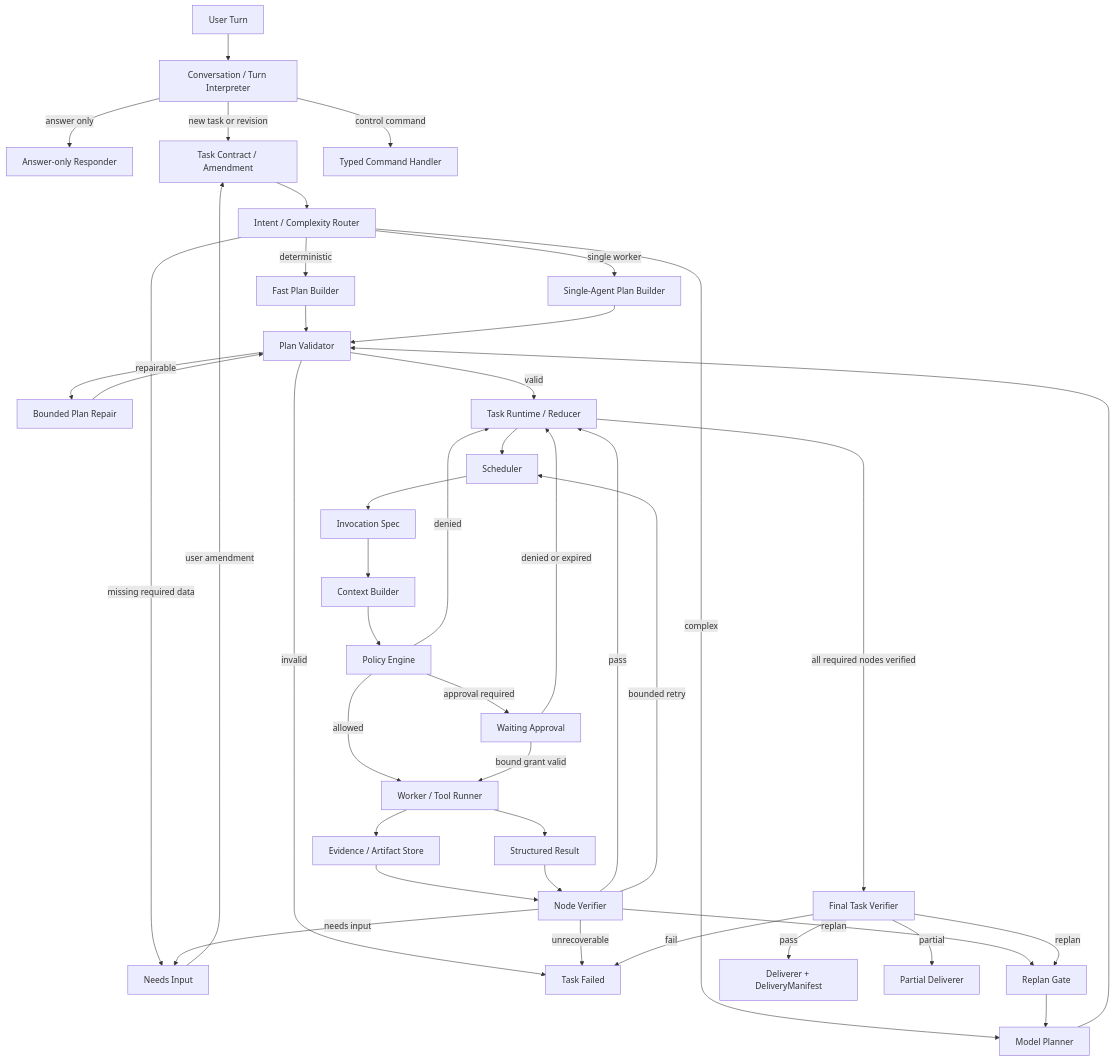
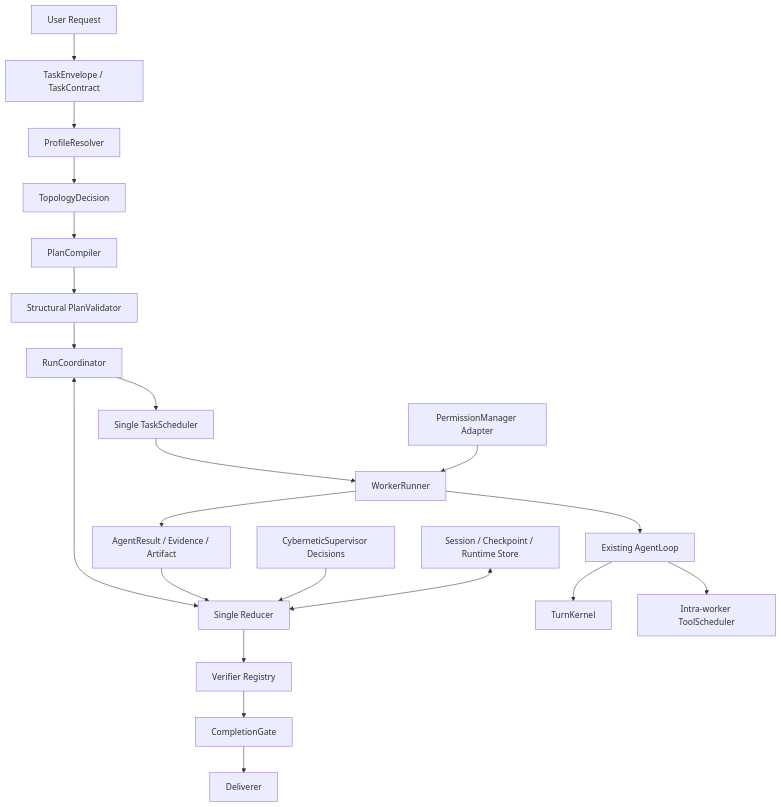
One commit to panxiaoming298-wq/minicode changed the first of 5 diagrams in MiniCode-Python-repo/Docs/Documentation/superpowers/plans/2026-09-02-multi-agent-runtime-v2-upgrade.md. Above: the diagram before and after it, drawn with Mermaid. The commit also changed other lines of this file and 5 other files, not shown here.

````diff
--- a/MiniCode-Python-repo/Docs/Documentation/superpowers/plans/2026-09-02-multi-agent-runtime-v2-upgrade.md
+++ b/MiniCode-Python-repo/Docs/Documentation/superpowers/plans/2026-09-02-multi-agent-runtime-v2-upgrade.md
@@ -94,50 +77,23 @@
 ```mermaid
 flowchart TD
-    U[User Turn] --> CI[Conversation / Turn Interpreter]
-    CI -->|answer only| AO[Answer-only Responder]
-    CI -->|new task or revision| TC[Task Contract / Amendment]
-    CI -->|control command| CMD[Typed Command Handler]
-
-    TC --> IR[Intent / Complexity Router]
-    IR -->|missing required data| NI[Needs Input]
-    IR -->|deterministic| FP[Fast Plan Builder]
-    IR -->|single worker| SP[Single-Agent Plan Builder]
-    IR -->|complex| MP[Model Planner]
-
-    FP --> PV[Plan Validator]
-    SP --> PV
-    MP --> PV
-    PV -->|repairable| PR[Bounded Plan Repair]
-    PR --> PV
-    PV -->|valid| RT[Task Runtime / Reducer]
-    PV -->|invalid| TF[Task Failed]
-
-    RT --> SCH[Scheduler]
-    SCH --> IS[Invocation Spec]
-    IS --> CB[Context Builder]
-    CB --> PE[Policy Engine]
-    PE -->|allowed| WR[Worker / Tool Runner]
-    PE -->|approval required| AP[Waiting Approval]
-    PE -->|denied| RT
-    AP -->|bound grant valid| WR
-    AP -->|denied or expired| RT
-
-    WR --> ES[Evidence / Artifact Store]
-    WR --> AR[Structured Result]
-    ES --> NV[Node Verifier]
-    AR --> NV
-    NV -->|pass| RT
-    NV -->|bounded retry| SCH
-    NV -->|replan| RG[Replan Gate]
-    NV -->|needs input| NI
-    NV -->|unrecoverable| TF
-    RG --> MP
-
-    RT -->|all required nodes verified| FV[Final Task Verifier]
-    FV -->|pass| D[Deliverer + DeliveryManifest]
-    FV -->|partial| PD[Partial Deliverer]
-    FV -->|replan| RG
-    FV -->|fail| TF
-
-    NI -->|user amendment| TC
+    U[User Request] --> E[TaskEnvelope / TaskContract]
+    E --> PR[ProfileResolver]
+    PR --> TD[TopologyDecision]
+    TD --> PC[PlanCompiler]
+    PC --> PV[Structural PlanValidator]
+    PV --> RC[RunCoordinator]
+    RC <--> R[Single Reducer]
+    RC --> S[Single TaskScheduler]
+    S --> WR[WorkerRunner]
+    WR --> AL[Existing AgentLoop]
+    AL --> TK[TurnKernel]
+    AL --> ITS[Intra-worker ToolScheduler]
+    WR --> AR[AgentResult / Evidence / Artifact]
+    AR --> R
+    R --> VR[Verifier Registry]
+    VR --> CG[CompletionGate]
+    CG --> D[Deliverer]
+    PM[PermissionManager Adapter] --> WR
+    CS[CyberneticSupervisor Decisions] --> R
+    SS[Session / Checkpoint / Runtime Store] <--> R
 ```
````
